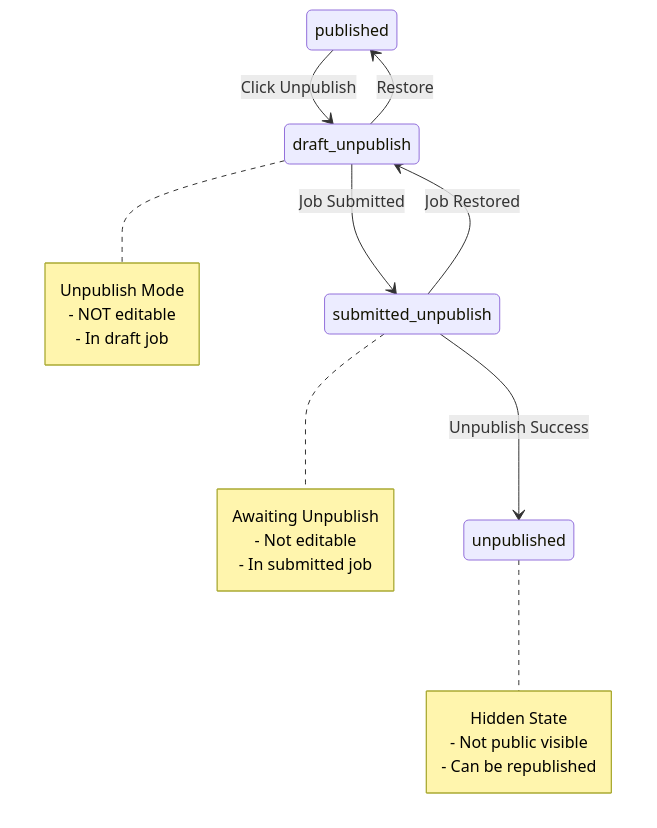
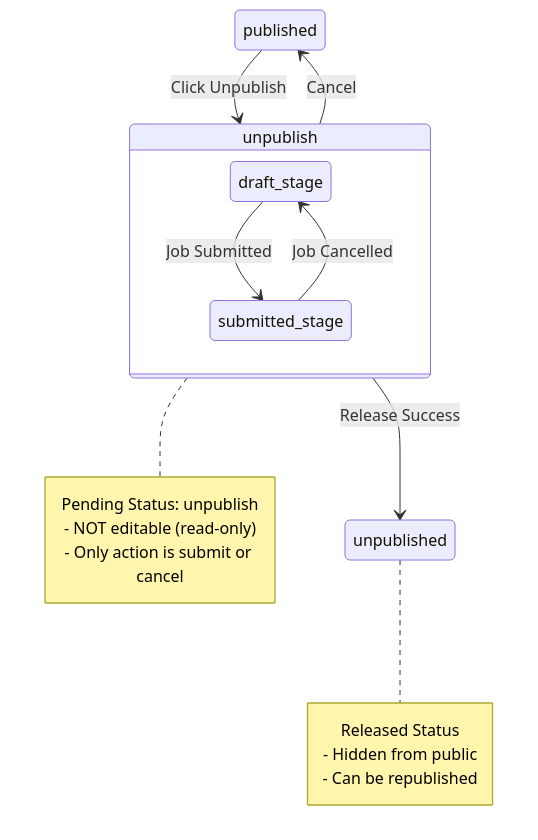
One commit to GeneCurationCoalition/gencc-sub changed the fifth of 11 diagrams in docs/STATE_MODEL_DIAGRAMS.md. Above: the diagram before and after it, drawn with Mermaid. The commit also changed other lines of this file and 11 other files, not shown here.

````diff
--- a/docs/STATE_MODEL_DIAGRAMS.md
+++ b/docs/STATE_MODEL_DIAGRAMS.md
@@ -289,28 +265,24 @@
 ```mermaid
 stateDiagram-v2
-    published --> draft_unpublish: Click Unpublish
+    published --> unpublish: Click Unpublish
 
-    draft_unpublish --> submitted_unpublish: Job Submitted
-    draft_unpublish --> published: Restore
+    state unpublish {
+        draft_stage --> submitted_stage: Job Submitted
+        submitted_stage --> draft_stage: Job Cancelled
+    }
 
-    submitted_unpublish --> unpublished: Unpublish Success
-    submitted_unpublish --> draft_unpublish: Job Restored
+    unpublish --> unpublished: Release Success
+    unpublish --> published: Cancel
 
-    note right of draft_unpublish
-        Unpublish Mode
-        - NOT editable
-        - In draft job
-    end note
-
-    note right of submitted_unpublish
-        Awaiting Unpublish
-        - Not editable
-        - In submitted job
+    note right of unpublish
+        Pending Status: unpublish
+        - NOT editable (read-only)
+        - Only action is submit or cancel
     end note
 
     note right of unpublished
-        Hidden State
-        - Not public visible
+        Released Status
+        - Hidden from public
         - Can be republished
     end note
 ```
````
